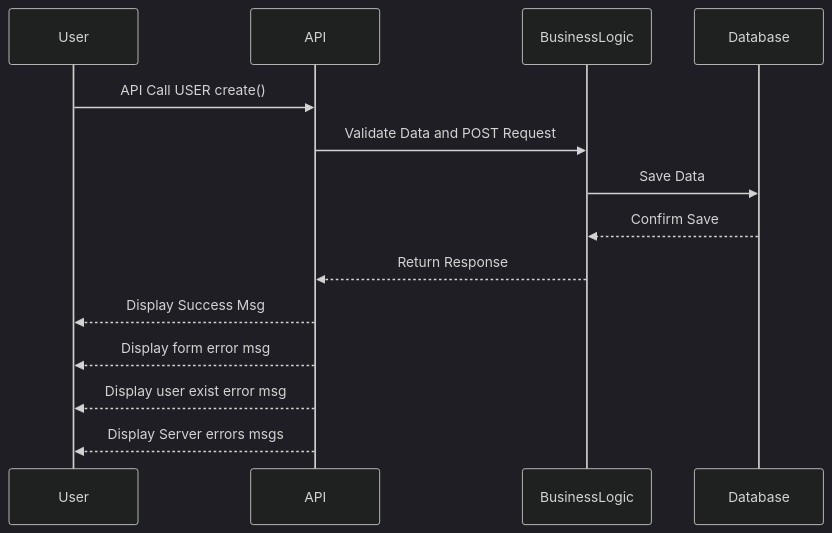
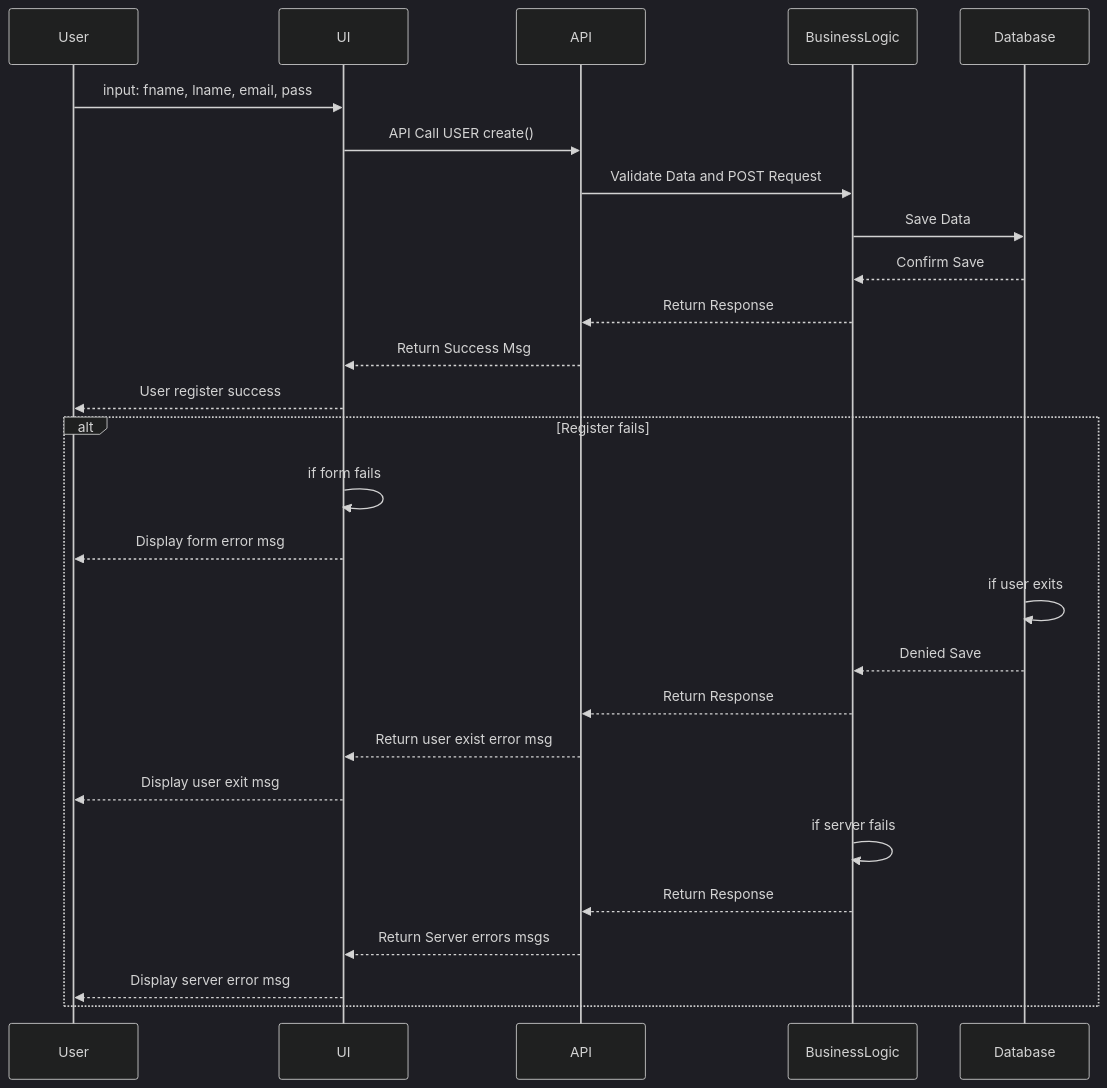
The first of 4 diagrams in part_1/sequence_diagrams.md (JulieRaph/holbertonschool-hbnb), drawn with Mermaid (dark theme) before and after one commit. The commit also changed other lines of this file, not shown here.

Commit message:
Fix alt flows

````diff
--- a/part_1/sequence_diagrams.md
+++ b/part_1/sequence_diagrams.md
@@ -7,17 +7,30 @@
 ```mermaid
 sequenceDiagram
-participant User
-participant API
-participant BusinessLogic
-participant Database
+  participant User as User
+  participant UI as UI
+  participant API as API
+  participant BusinessLogic as BusinessLogic
+  participant Database as Database
 
-User->>API: API Call USER create()
-API->>BusinessLogic: Validate Data and POST Request
-BusinessLogic->>Database: Save Data
-Database-->>BusinessLogic: Confirm Save
-BusinessLogic-->>API: Return Response
-API -->> User: Display Success Msg
-API -->> User: Display form error msg
-API -->> User: Display user exist error msg
-API -->> User: Display Server errors msgs
+  User ->> UI: input: fname, lname, email, pass
+  UI ->> API: API Call USER create()
+  API ->> BusinessLogic: Validate Data and POST Request
+  BusinessLogic ->> Database: Save Data
+  Database -->> BusinessLogic: Confirm Save
+  BusinessLogic -->> API: Return Response
+  API -->> UI: Return Success Msg
+  UI -->> User: User register success
+  alt Register fails
+    UI ->> UI: if form fails
+    UI -->> User: Display form error msg
+    Database ->> Database: if user exits
+    Database -->> BusinessLogic: Denied Save
+    BusinessLogic -->> API: Return Response
+    API -->> UI: Return user exist error msg
+    UI -->> User: Display user exit msg
+    BusinessLogic ->> BusinessLogic: if server fails
+    BusinessLogic -->> API: Return Response
+    API -->> UI: Return Server errors msgs
+    UI -->> User: Display server error msg
+  end
 ```
````
